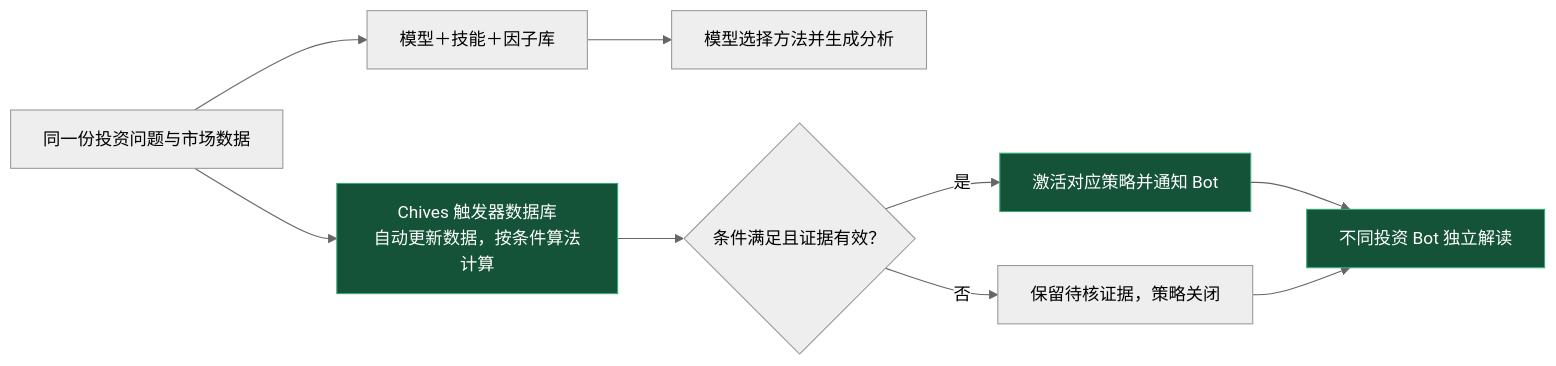
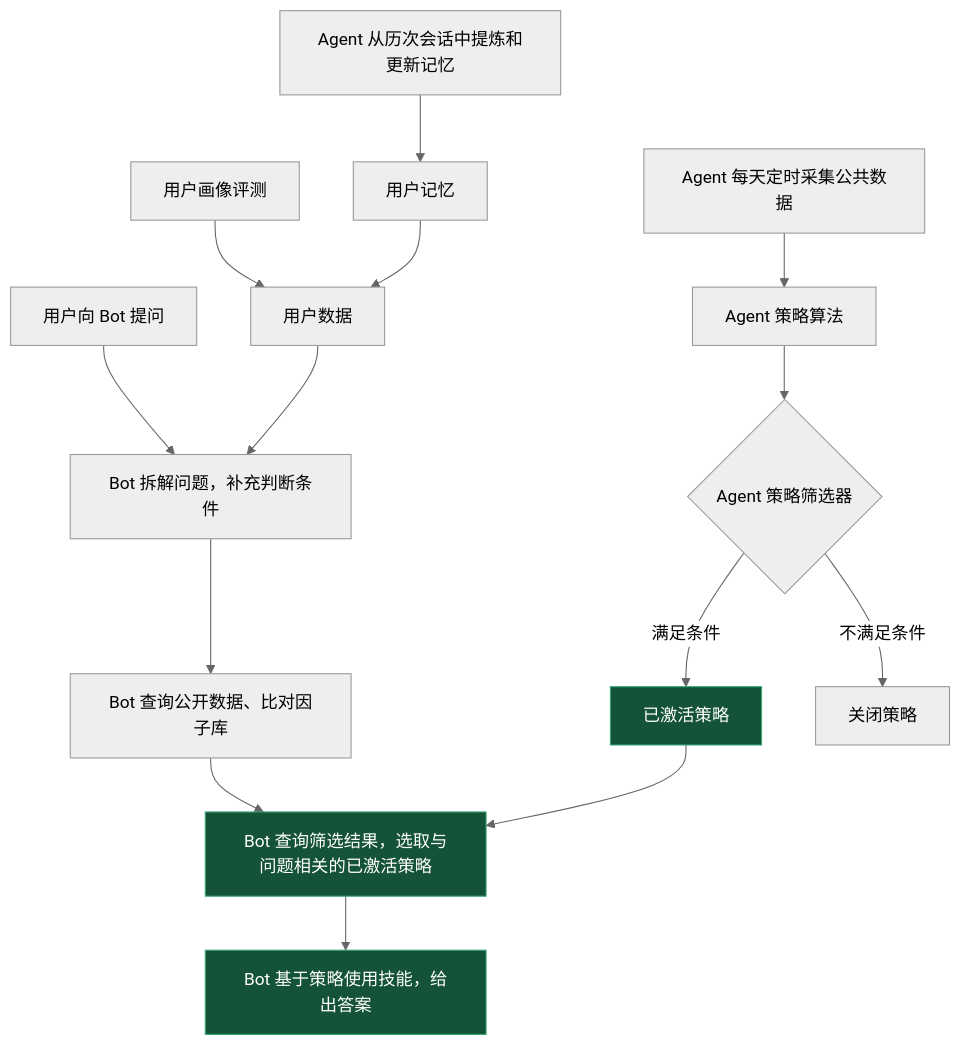
Before and after one commit to xionglaoshi/chives: the second of 2 diagrams in README.md, drawn with Mermaid (neutral theme). The commit also changed other lines of this file and 2 other files, not shown here.

Commit message:
按读者批注更新 Chives 品牌横幅、策略流程和非商业许可

````diff
--- a/README.md
+++ b/README.md
@@ -27,13 +40,16 @@
 ```mermaid
-flowchart LR
-    A["同一份投资问题与市场数据"] --> G["模型＋技能＋因子库"]
-    G --> H["模型选择方法并生成分析"]
-    A --> B["Chives 触发器数据库<br/>自动更新数据，按条件算法计算"]
-    B --> C{"条件满足且证据有效？"}
-    C -->|是| D["激活对应策略并通知 Bot"]
-    C -->|否| E["保留待核证据，策略关闭"]
-    D --> F["不同投资 Bot 独立解读"]
-    E --> F
-    classDef active fill:#145337,color:#fff,stroke:#38a879
-    class B,D,F active
+flowchart TB
+    ask["用户向 Bot 提问"] --> clarify["Bot 拆解问题，补充判断条件"]
+    survey["用户画像评测"] --> user["用户数据"]
+    learn["Agent 从历次会话中提炼和更新记忆"] --> memory["用户记忆"] --> user
+    user --> clarify
+    clarify --> lookup["Bot 查询公开数据、比对因子库"]
+    lookup --> choose["Bot 查询筛选结果，选取与问题相关的已激活策略"]
+    daily["Agent 每天定时采集公共数据"] --> algo["Agent 策略算法"] --> gate{"Agent 策略筛选器"}
+    gate -->|满足条件| active["已激活策略"]
+    gate -->|不满足条件| closed["关闭策略"]
+    active --> choose
+    choose --> reply["Bot 基于策略使用技能，给出答案"]
+    classDef activeNode fill:#145337,color:#fff,stroke:#38a879
+    class active,choose,reply activeNode
 ```
````
